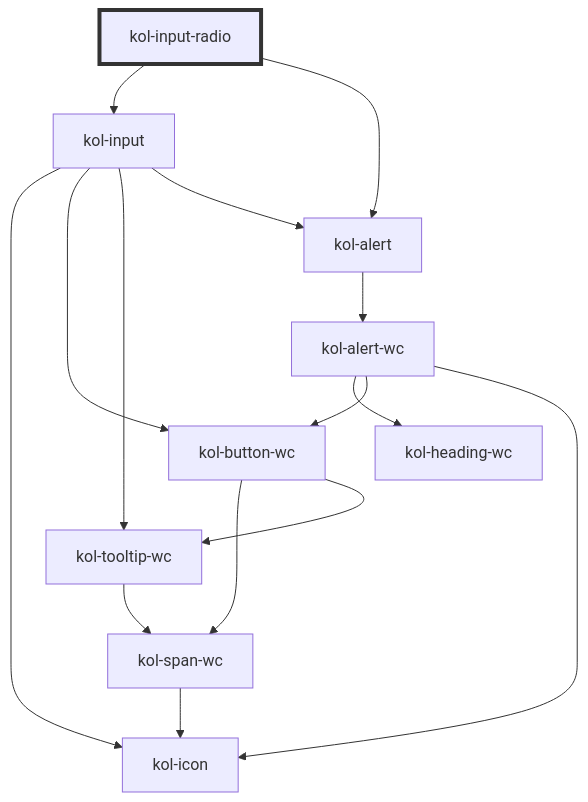
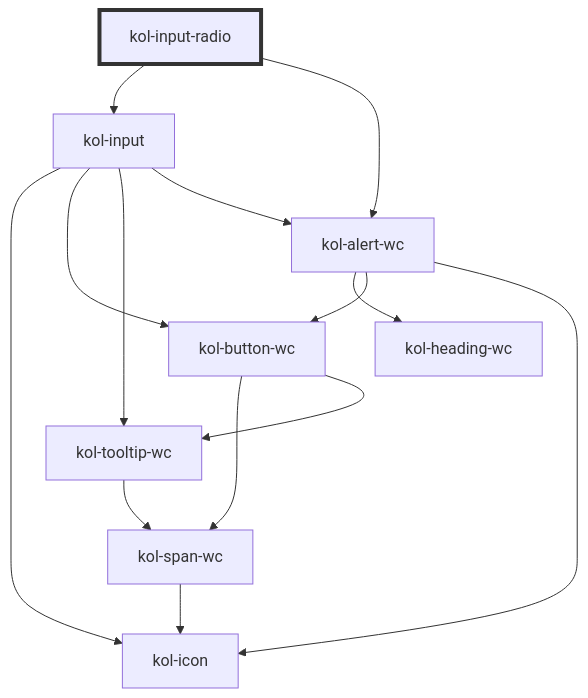
Before and after one commit to public-ui/kolibri: the diagram in packages/components/src/components/input-radio/readme.md, drawn with Mermaid. The commit also changed other lines of this file and 123 other files, not shown here.

````diff
--- a/packages/components/src/components/input-radio/readme.md
+++ b/packages/components/src/components/input-radio/readme.md
@@ -123,18 +123,17 @@
 ```mermaid
 graph TD;
   kol-input-radio --> kol-input
-  kol-input-radio --> kol-alert
+  kol-input-radio --> kol-alert-wc
   kol-input --> kol-icon
   kol-input --> kol-button-wc
   kol-input --> kol-tooltip-wc
-  kol-input --> kol-alert
+  kol-input --> kol-alert-wc
   kol-button-wc --> kol-span-wc
   kol-button-wc --> kol-tooltip-wc
   kol-span-wc --> kol-icon
   kol-tooltip-wc --> kol-span-wc
-  kol-alert --> kol-alert-wc
   kol-alert-wc --> kol-heading-wc
   kol-alert-wc --> kol-button-wc
   kol-alert-wc --> kol-icon
   style kol-input-radio stroke:#333,stroke-width:4px
 ```
````
